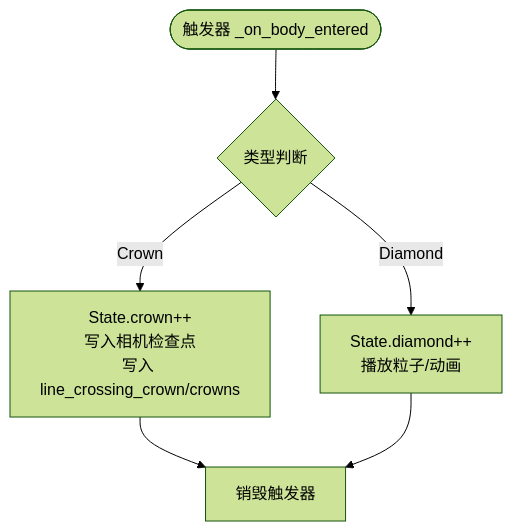
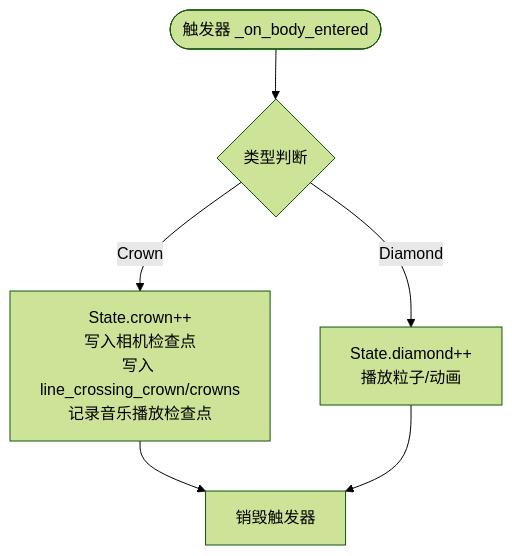
The seventh of 10 diagrams in .qoder/repowiki/zh/content/核心架构设计/设计模式应用/状态管理模式.md (godotline/godot-line), drawn with Mermaid (forest theme) before and after one commit. The commit also changed other lines of this file and 18 other files, not shown here.

````diff
--- a/.qoder/repowiki/zh/content/核心架构设计/设计模式应用/状态管理模式.md
+++ b/.qoder/repowiki/zh/content/核心架构设计/设计模式应用/状态管理模式.md
@@ -227,8 +256,8 @@
 ```mermaid
 flowchart TD
 Enter(["触发器 _on_body_entered"]) --> Type{"类型判断"}
-Type --> |Crown| CrownCollect["State.crown++<br/>写入相机检查点<br/>写入 line_crossing_crown/crowns"]
+Type --> |Crown| CrownCollect["State.crown++<br/>写入相机检查点<br/>写入 line_crossing_crown/crowns<br/>记录音乐播放检查点"]
 Type --> |Diamond| DiamondCollect["State.diamond++<br/>播放粒子/动画"]
 CrownCollect --> Destroy["销毁触发器"]
 DiamondCollect --> Destroy
 ```
````
